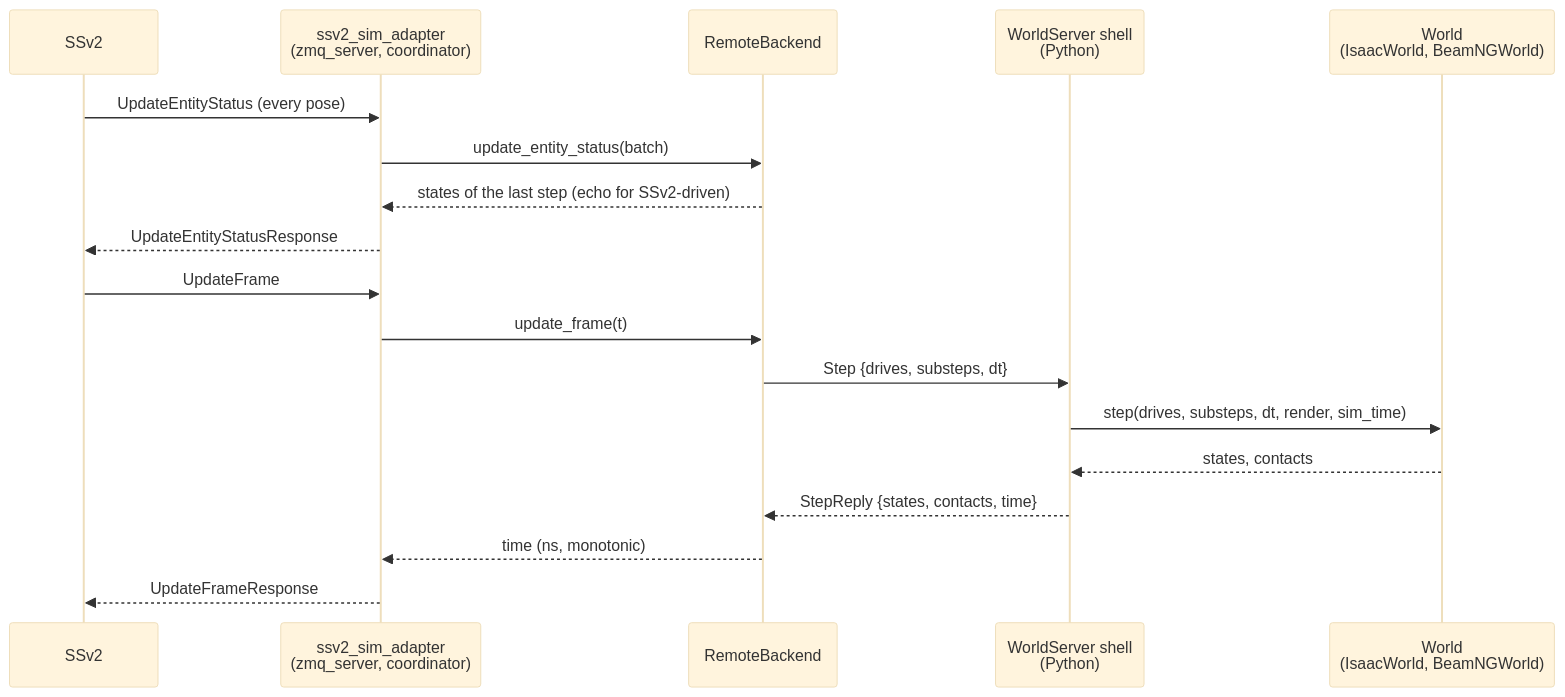
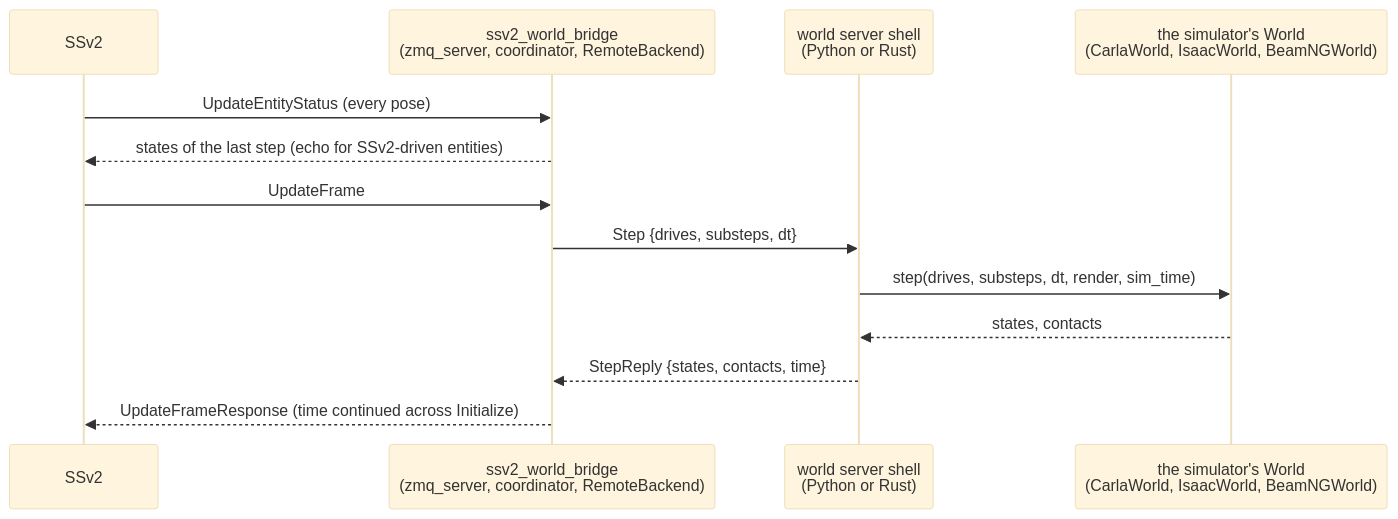
Before and after one commit to NEWSLabNTU/carla-scenario-bridge: the fourth of 4 diagrams in docs/design/simulator-interface-split.md, drawn with Mermaid (base theme). The commit also changed other lines of this file, not shown here.

First line of the commit message:
docs(design): one way in -- every simulator is a world server

````diff
--- a/docs/design/simulator-interface-split.md
+++ b/docs/design/simulator-interface-split.md
@@ -403,20 +415,15 @@
 ```mermaid
 sequenceDiagram
     participant S as SSv2
-    participant A as ssv2_sim_adapter<br/>(zmq_server, coordinator)
-    participant R as RemoteBackend
-    participant W as WorldServer shell<br/>(Python)
-    participant X as World<br/>(IsaacWorld, BeamNGWorld)
-    S->>A: UpdateEntityStatus (every pose)
-    A->>R: update_entity_status(batch)
-    R-->>A: states of the last step (echo for SSv2-driven)
-    A-->>S: UpdateEntityStatusResponse
-    S->>A: UpdateFrame
-    A->>R: update_frame(t)
-    R->>W: Step {drives, substeps, dt}
+    participant B as ssv2_world_bridge<br/>(zmq_server, coordinator, RemoteBackend)
+    participant W as world server shell<br/>(Python or Rust)
+    participant X as the simulator's World<br/>(CarlaWorld, IsaacWorld, BeamNGWorld)
+    S->>B: UpdateEntityStatus (every pose)
+    B-->>S: states of the last step (echo for SSv2-driven entities)
+    S->>B: UpdateFrame
+    B->>W: Step {drives, substeps, dt}
     W->>X: step(drives, substeps, dt, render, sim_time)
     X-->>W: states, contacts
-    W-->>R: StepReply {states, contacts, time}
-    R-->>A: time (ns, monotonic)
-    A-->>S: UpdateFrameResponse
+    W-->>B: StepReply {states, contacts, time}
+    B-->>S: UpdateFrameResponse (time continued across Initialize)
 ```
````
